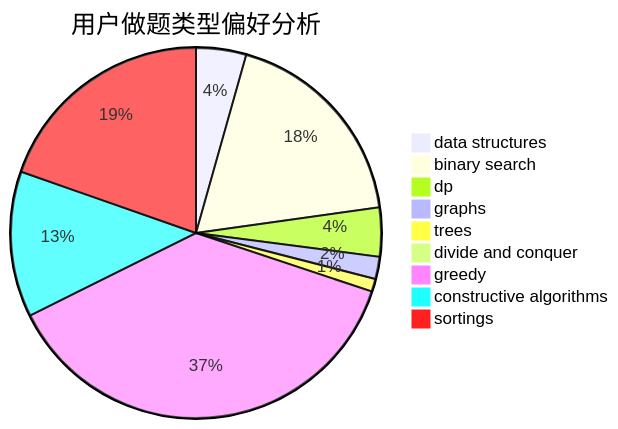
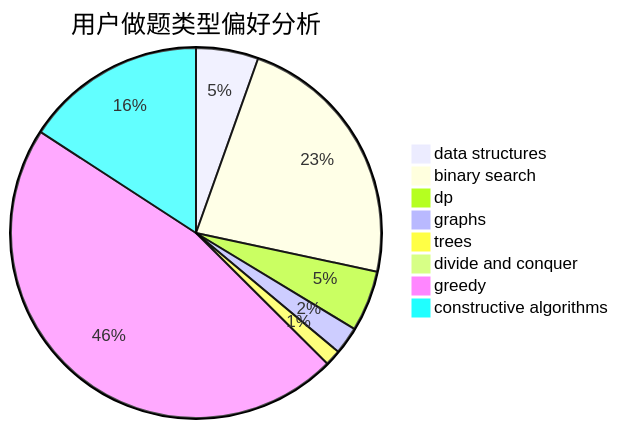
One commit to sherpahu/cfrs.github.io changed the second of 3 diagrams in docs/user/u460.md. Above: the diagram before and after it, drawn with Mermaid. The commit also changed other lines of this file and 2769 other files, not shown here.

````diff
--- a/docs/user/u460.md
+++ b/docs/user/u460.md
@@ -18,12 +18,11 @@
 ```mermaid
 pie title 用户做题类型偏好分析
     "data structures" :  43
     "binary search" :  181
     "dp" :  42
     "graphs" :  19
     "trees" :  11
     "divide and conquer" :  7
     "greedy" :  369
     "constructive algorithms" :  125
-    "sortings" :  193
 ```
````
